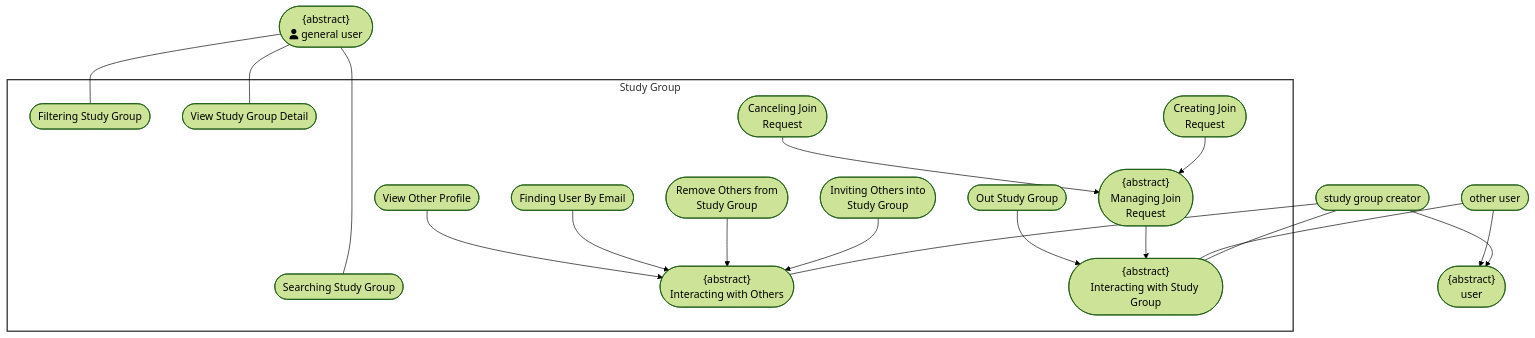
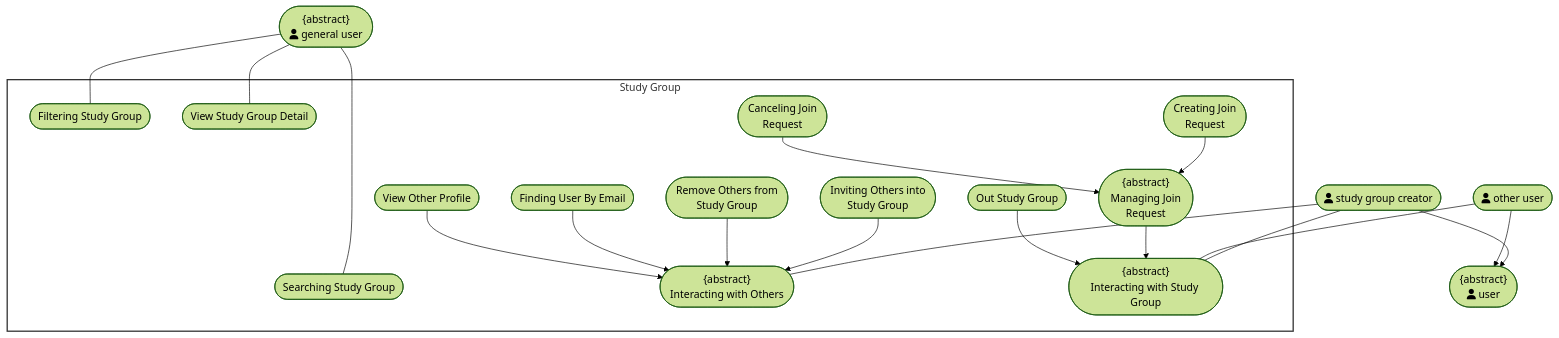
The sixth of 9 diagrams in docs/management/PA3/Use-CaseDiagram.md (DuyNhat1705/AmeThyst-Library), drawn with Mermaid (forest theme) before and after one commit. The commit also changed other lines of this file and 1 other file, not shown here.

Commit message:
fix a little bit syntax of uc specs

````diff
--- a/docs/management/PA3/Use-CaseDiagram.md
+++ b/docs/management/PA3/Use-CaseDiagram.md
@@ -275,36 +275,36 @@
 ```mermaid
 flowchart TD
  subgraph StudyGroup["Study Group"]
         UC1(["Searching Study Group"])
         UC2(["Filtering Study Group"])
         UC3(["View Study Group Detail"])
         UC5(["Inviting Others into<br>Study Group"])
         UC4(["<center>{abstract}<br>Interacting with Others</center>"])
         UC6(["Remove Others from<br>Study Group"])
         UC7(["Finding User By Email"])
         UC8(["View Other Profile"])
         UC9(["<center>{abstract}<br>Interacting with Study Group</center>"])
         UC10(["<center>{abstract}<br>Managing Join<br>Request</center>"])
         UC11(["<center>Creating Join<br>Request</center>"])
         UC12(["<center>Canceling Join<br>Request</center>"])
         UC13(["Out Study Group"])
   end
-    StudyGroupCreator(["study group creator"]) --> User(["<center>{abstract}<br>user</center>"])
-    OtherUser(["other user"]) --> User
+    StudyGroupCreator(["fa:fa-user study group creator"]) --> User(["<center>{abstract}<br>fa:fa-user user</center>"])
+    OtherUser(["fa:fa-user other user"]) --> User
     GeneralUser(["<center>{abstract}<br>fa:fa-user general user</center>"]) ~~~ StudyGroupCreator
     StudyGroupCreator ~~~ User
     GeneralUser ~~~~~ StudyGroup
     GeneralUser --- UC1 & UC2 & UC3
     StudyGroupCreator --- UC4 & UC9
     OtherUser --- UC9
     UC5 --> UC4
     UC6 --> UC4
     UC7 --> UC4
     UC8 --> UC4
     UC10 --> UC9
     UC13 --> UC9
     UC11 --> UC10
     UC12 --> UC10
 
     style StudyGroup fill:#fff,stroke:#333,stroke-width:2px
 ```
````
